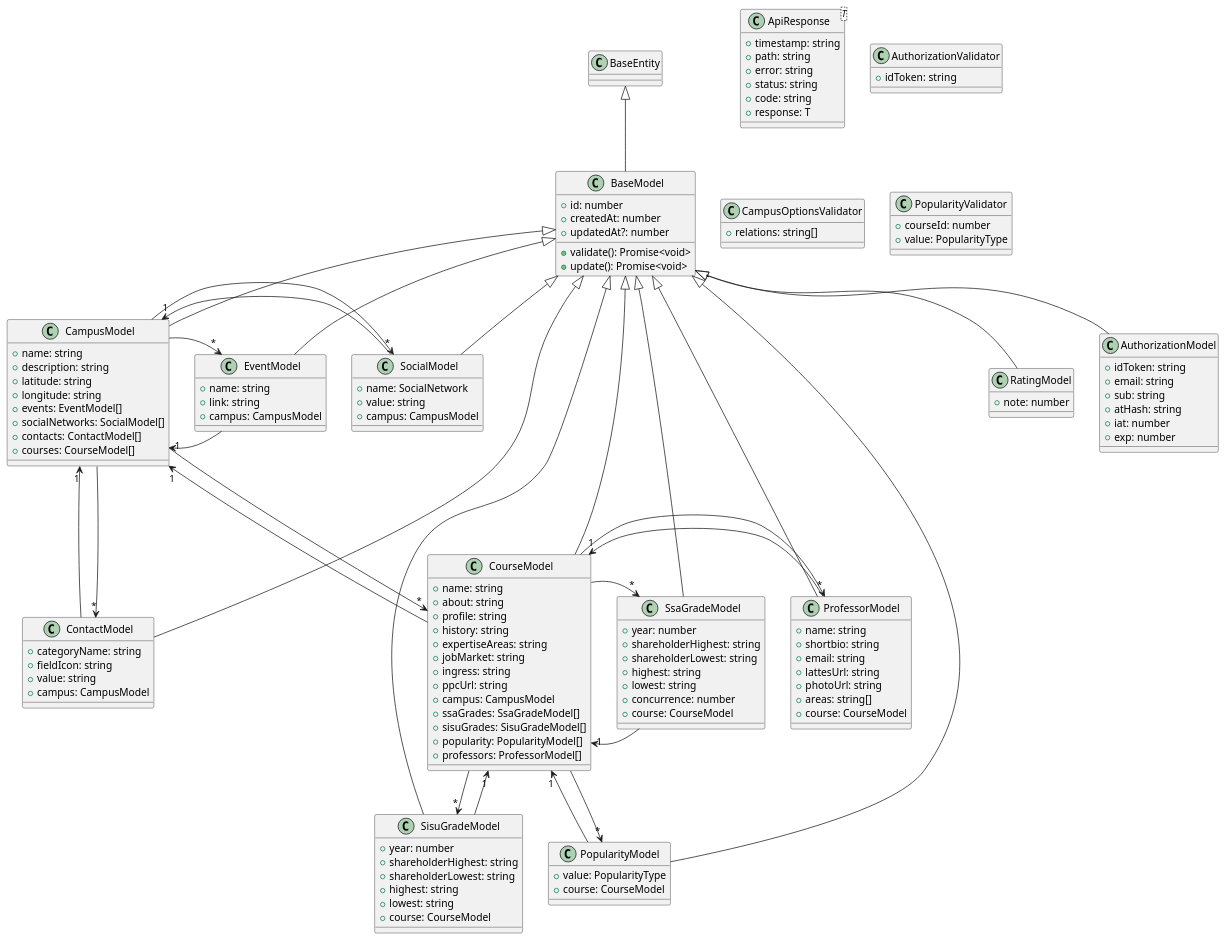
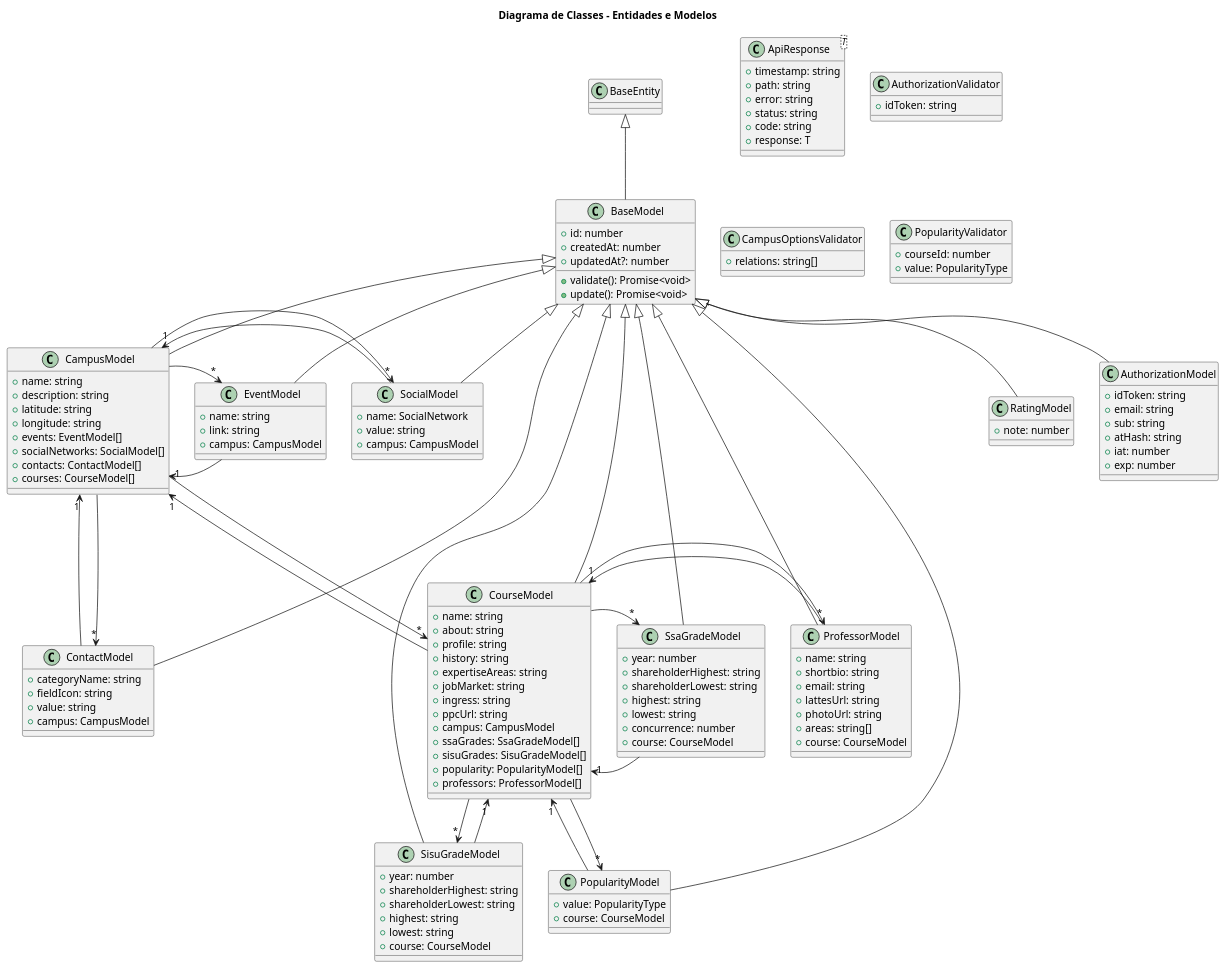
The diagram in src/C1. Visão Geral/C2. Sistema/C3. Endpoints RESTful (Server)/C4. Visão Lógica/[PUML] Classes - Models.puml (MurylloEx/Seja-UPE-Docs), drawn with PlantUML before and after one commit. The commit also changed 14 other files, not shown here.

```diff
--- a/src/C1. Visão Geral/C2. Sistema/C3. Endpoints RESTful (Server)/C4. Visão Lógica/[PUML] Classes - Models.puml
+++ b/src/C1. Visão Geral/C2. Sistema/C3. Endpoints RESTful (Server)/C4. Visão Lógica/[PUML] Classes - Models.puml
@@ -1,143 +1,145 @@
 @startuml "Class Diagram"
+
+title "Diagrama de Classes - Entidades e Modelos"
 
 class ApiResponse<T> {
   +timestamp: string
   +path: string
   +error: string
   +status: string
   +code: string
   +response: T
 }
 
 class AuthorizationValidator {
   +idToken: string
 }
 
 class CampusOptionsValidator {
   +relations: string[]
 }
 
 class PopularityValidator {
   +courseId: number
   +value: PopularityType
 }
 
 class BaseModel extends BaseEntity {
   +id: number
   +createdAt: number
   +updatedAt?: number
   +validate(): Promise<void>
   +update(): Promise<void>
 }
 
 class EventModel extends BaseModel {
   +name: string
   +link: string
   +campus: CampusModel
 }
 
 class SocialModel extends BaseModel {
   +name: SocialNetwork
   +value: string
   +campus: CampusModel
 }
 
 class SsaGradeModel extends BaseModel {
   +year: number
   +shareholderHighest: string
   +shareholderLowest: string
   +highest: string
   +lowest: string
   +concurrence: number
   +course: CourseModel
 }
 
 class ProfessorModel extends BaseModel {
   +name: string
   +shortbio: string
   +email: string
   +lattesUrl: string
   +photoUrl: string
   +areas: string[]
   +course: CourseModel
 }
 
 class SisuGradeModel extends BaseModel {
   +year: number
   +shareholderHighest: string
   +shareholderLowest: string
   +highest: string
   +lowest: string
   +course: CourseModel
 }
 
 class PopularityModel extends BaseModel {
   +value: PopularityType
   +course: CourseModel
 }
 
 class CourseModel extends BaseModel {
   +name: string
   +about: string
   +profile: string
   +history: string
   +expertiseAreas: string
   +jobMarket: string
   +ingress: string
   +ppcUrl: string
   +campus: CampusModel
   +ssaGrades: SsaGradeModel[]
   +sisuGrades: SisuGradeModel[]
   +popularity: PopularityModel[]
   +professors: ProfessorModel[]
 }
 
 class ContactModel extends BaseModel {
   +categoryName: string
   +fieldIcon: string
   +value: string
   +campus: CampusModel
 }
 
 class CampusModel extends BaseModel {
   +name: string
   +description: string
   +latitude: string
   +longitude: string
   +events: EventModel[]
   +socialNetworks: SocialModel[]
   +contacts: ContactModel[]
   +courses: CourseModel[]
 }
 
 class RatingModel extends BaseModel {
   +note: number
 }
 
 class AuthorizationModel extends BaseModel {
   +idToken: string
   +email: string
   +sub: string
   +atHash: string
   +iat: number
   +exp: number
 }
 
 EventModel -right-> "1" CampusModel
 SocialModel -right-> "1" CampusModel
 SsaGradeModel -left-> "1" CourseModel
 ProfessorModel --> "1" CourseModel
 SisuGradeModel --> "1" CourseModel
 PopularityModel -up-> "1" CourseModel
 CourseModel -up-> "1" CampusModel
 CourseModel -left-> "*" SsaGradeModel
 CourseModel -down-> "*" SisuGradeModel
 CourseModel -down-> "*" PopularityModel
 CourseModel -right-> "*" ProfessorModel
 ContactModel -up-> "1" CampusModel
 CampusModel ---> "*" EventModel
 CampusModel ---> "*" SocialModel
 CampusModel ---> "*" ContactModel
 CampusModel ---> "*" CourseModel
 
 @enduml
```
